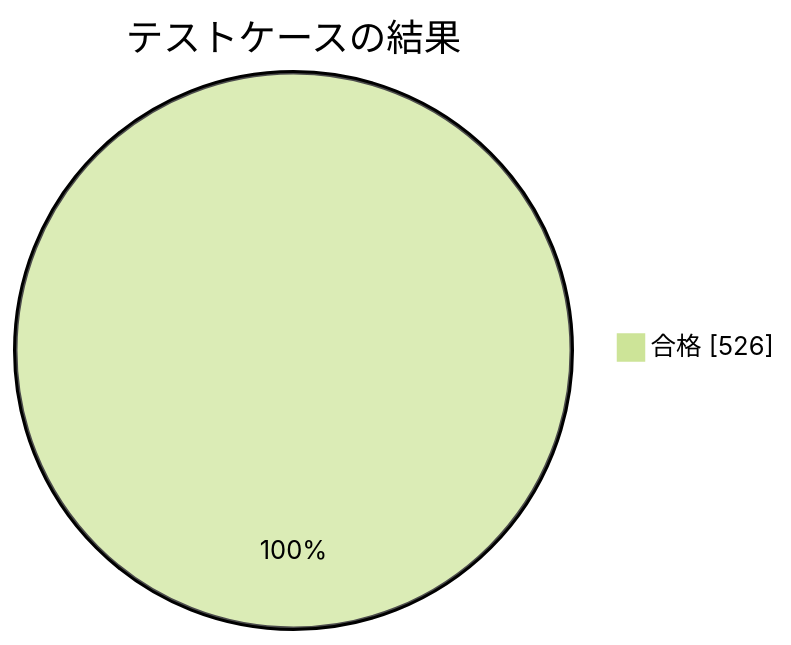
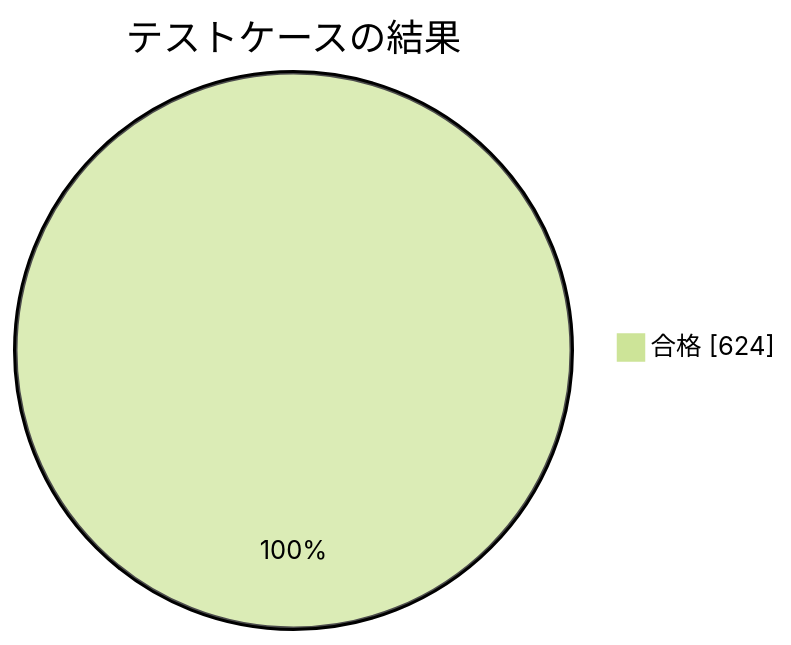
The second of 3 diagrams in documents/モジュールテスト結果報告書_RPG学習アプリ.md (pocarialice/rpglearning), drawn with Mermaid (forest theme) before and after one commit. The commit also changed other lines of this file and 2 other files, not shown here.

````diff
--- a/documents/モジュールテスト結果報告書_RPG学習アプリ.md
+++ b/documents/モジュールテスト結果報告書_RPG学習アプリ.md
@@ -60,4 +64,4 @@
 ```mermaid
 pie showData title テストケースの結果
-  "合格" : 526
+  "合格" : 624
 ```
````
